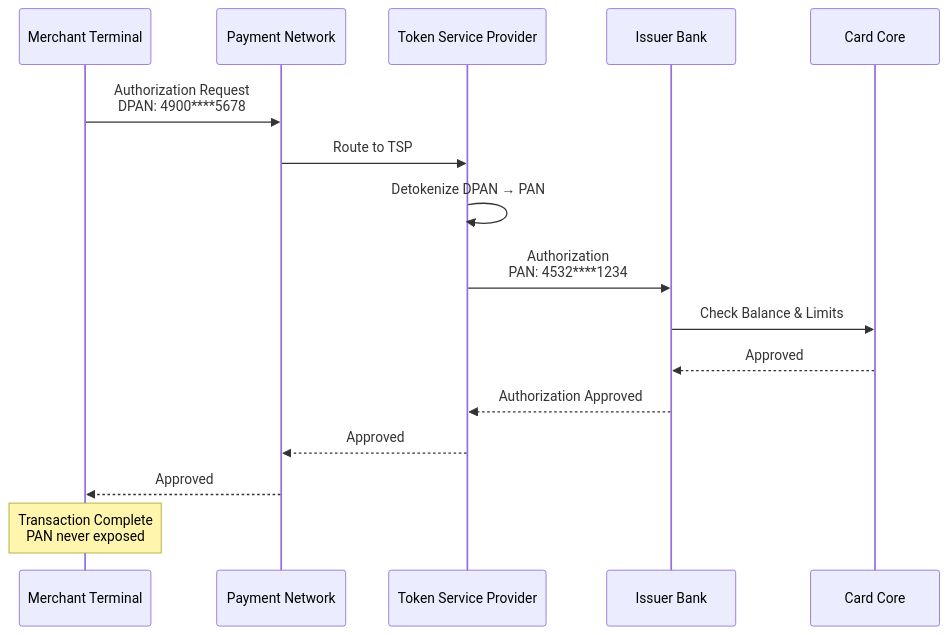
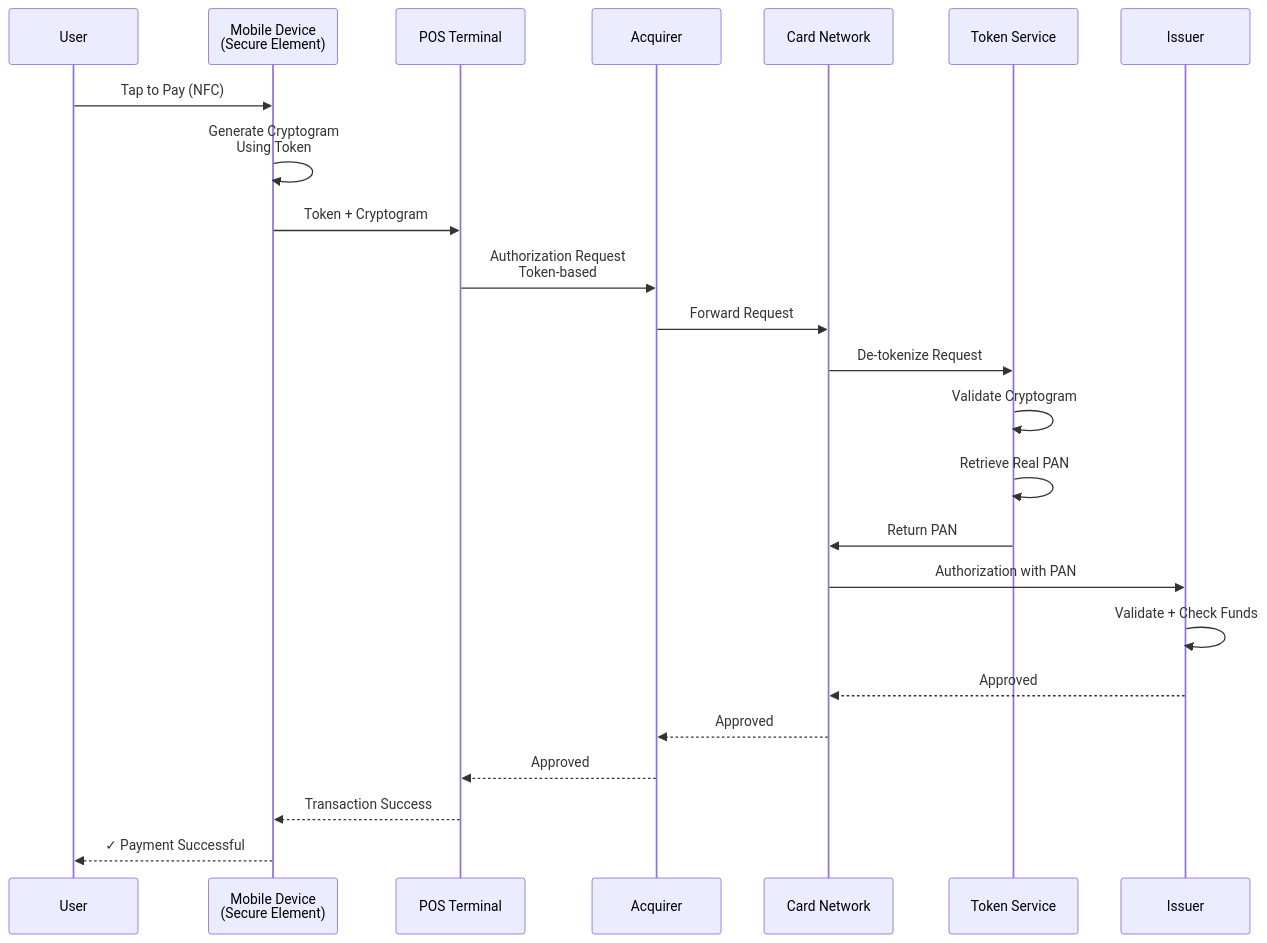
Before and after one commit to huuhoait/openbanking-vn-specs: the tenth of 10 diagrams in 06-Dich-vu-The-va-Tokenization.md, drawn with Mermaid. The commit also changed other lines of this file and 14 other files, not shown here.

````diff
--- a/06-Dich-vu-The-va-Tokenization.md
+++ b/06-Dich-vu-The-va-Tokenization.md
@@ -389,21 +488,31 @@
 ```mermaid
 sequenceDiagram
-    participant Merchant as Merchant Terminal
-    participant Network as Payment Network
-    participant TSP as Token Service Provider
-    participant Bank as Issuer Bank
-    participant CardCore as Card Core
+    participant User
+    participant Device as Mobile Device<br/>(Secure Element)
+    participant POS as POS Terminal
+    participant Acquirer
+    participant Network as Card Network
+    participant TSP as Token Service
+    participant Issuer
     
-    Merchant->>Network: Authorization Request<br/>DPAN: 4900****5678
-    Network->>TSP: Route to TSP
-    TSP->>TSP: Detokenize DPAN → PAN
-    TSP->>Bank: Authorization<br/>PAN: 4532****1234
+    User->>Device: Tap to Pay (NFC)
+    Device->>Device: Generate Cryptogram<br/>Using Token
+    Device->>POS: Token + Cryptogram
     
-    Bank->>CardCore: Check Balance & Limits
-    CardCore-->>Bank: Approved
-    Bank-->>TSP: Authorization Approved
-    TSP-->>Network: Approved
-    Network-->>Merchant: Approved
+    POS->>Acquirer: Authorization Request<br/>Token-based
+    Acquirer->>Network: Forward Request
+    Network->>TSP: De-tokenize Request
     
-    Note over Merchant: Transaction Complete<br/>PAN never exposed
+    TSP->>TSP: Validate Cryptogram
+    TSP->>TSP: Retrieve Real PAN
+    TSP->>Network: Return PAN
+    
+    Network->>Issuer: Authorization with PAN
+    Issuer->>Issuer: Validate + Check Funds
+    Issuer-->>Network: Approved
+    
+    Network-->>Acquirer: Approved
+    Acquirer-->>POS: Approved
+    POS-->>Device: Transaction Success
+    Device-->>User: ✓ Payment Successful
 ```
````
